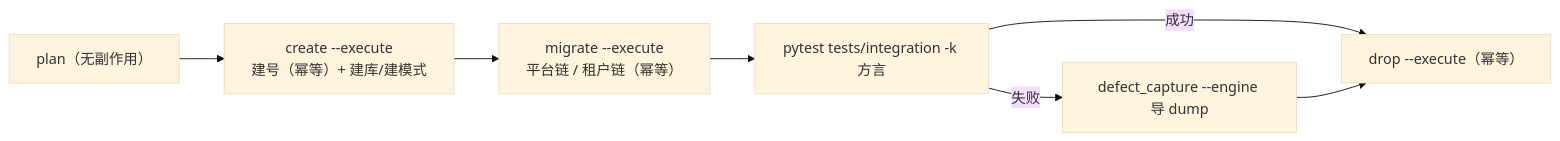
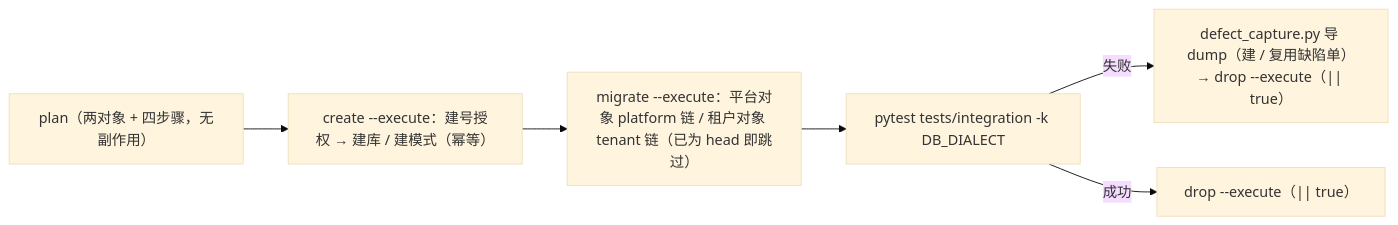
Before and after one commit to minjian123/basic-management-system: the first of 3 diagrams in bms文档/项目/02_后端基座与服务化地基/任务/01_后端基座真实实现/01_后端基座真实实现_05_三库真库集成与达梦实测/设计/01_详细设计_05_三库真库集成与达梦实测.md, drawn with Mermaid (base theme). The commit also changed other lines of this file and 13 other files, not shown here.

````diff
--- a/bms文档/项目/02_后端基座与服务化地基/任务/01_后端基座真实实现/01_后端基座真实实现_05_三库真库集成与达梦实测/设计/01_详细设计_05_三库真库集成与达梦实测.md
+++ b/bms文档/项目/02_后端基座与服务化地基/任务/01_后端基座真实实现/01_后端基座真实实现_05_三库真库集成与达梦实测/设计/01_详细设计_05_三库真库集成与达梦实测.md
@@ -100,9 +96,8 @@
 ```mermaid
 flowchart LR
-    A["plan（无副作用）"] --> B["create --execute<br/>建号（幂等）+ 建库/建模式"]
-    B --> C["migrate --execute<br/>平台链 / 租户链（幂等）"]
-    C --> D["pytest tests/integration -k 方言"]
-    D -->|失败| E["defect_capture --engine 导 dump"]
-    D -->|成功| F["drop --execute（幂等）"]
-    E --> F
+    A["plan（两对象 + 四步骤，无副作用）"] --> B["create --execute：建号授权 → 建库 / 建模式（幂等）"]
+    B --> C["migrate --execute：平台对象 platform 链 / 租户对象 tenant 链（已为 head 即跳过）"]
+    C --> D["pytest tests/integration -k DB_DIALECT"]
+    D -- 失败 --> E["defect_capture.py 导 dump（建 / 复用缺陷单）→ drop --execute（|| true）"]
+    D -- 成功 --> F["drop --execute（|| true）"]
 ```
````
